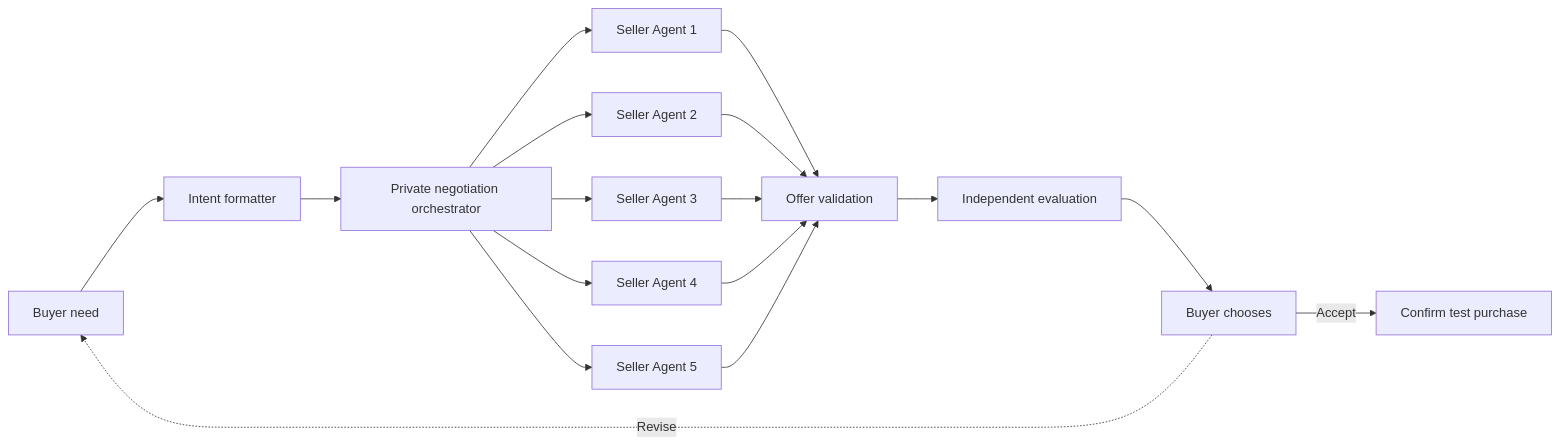
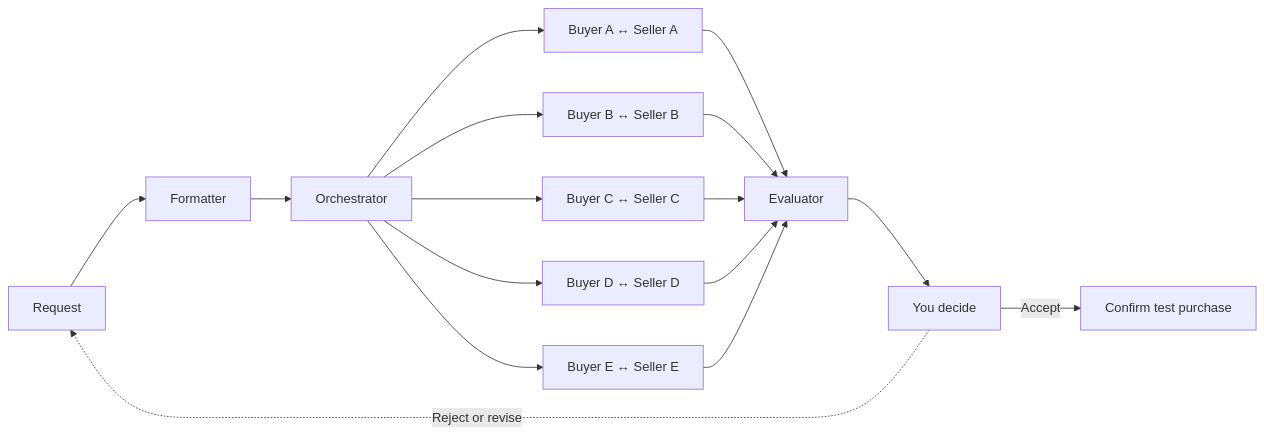
The diagram in README.md (muen1019/TurnDeal), drawn with Mermaid before and after one commit.

Commit message:
docs: update README flow

````diff
--- a/README.md
+++ b/README.md
@@ -32,19 +32,17 @@
 ```mermaid
 flowchart LR
-    Need["Buyer need"] --> Formatter["Intent formatter"]
-    Formatter --> Orchestrator["Private negotiation orchestrator"]
-    Orchestrator --> S1["Seller Agent 1"]
-    Orchestrator --> S2["Seller Agent 2"]
-    Orchestrator --> S3["Seller Agent 3"]
-    Orchestrator --> S4["Seller Agent 4"]
-    Orchestrator --> S5["Seller Agent 5"]
-    S1 --> Validator["Offer validation"]
-    S2 --> Validator
-    S3 --> Validator
-    S4 --> Validator
-    S5 --> Validator
-    Validator --> Evaluator["Independent evaluation"]
-    Evaluator --> Buyer["Buyer chooses"]
-    Buyer -->|Accept| Checkout["Confirm test purchase"]
-    Buyer -.->|Revise| Need
+    Request --> Formatter --> Orchestrator
+    Orchestrator --> A["Buyer A ↔ Seller A"]
+    Orchestrator --> B["Buyer B ↔ Seller B"]
+    Orchestrator --> C["Buyer C ↔ Seller C"]
+    Orchestrator --> D["Buyer D ↔ Seller D"]
+    Orchestrator --> E["Buyer E ↔ Seller E"]
+    A --> Evaluator
+    B --> Evaluator
+    C --> Evaluator
+    D --> Evaluator
+    E --> Evaluator
+    Evaluator --> Swipe["You decide"]
+    Swipe -->|Accept| Purchase["Confirm test purchase"]
+    Swipe -.->|Reject or revise| Request
 ```
````
